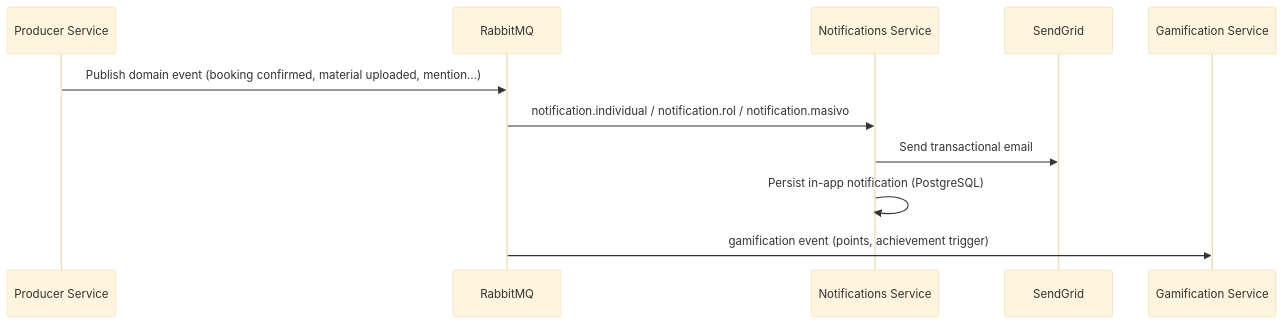
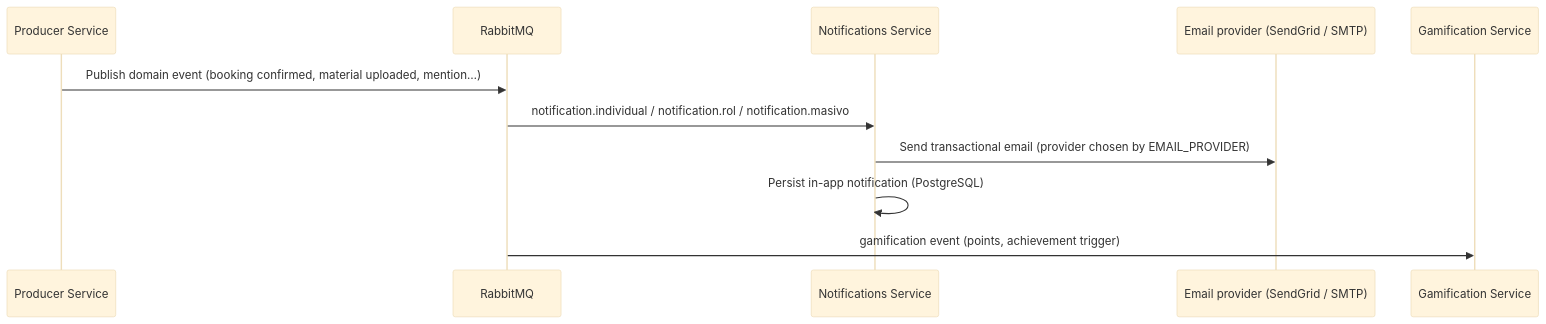
Before and after one commit to EciWise/EciWise.github.io: the seventh of 7 diagrams in docs/index.md, drawn with Mermaid (base theme). The commit also changed other lines of this file and 6 other files, not shown here.

Commit message:
feat: add comprehensive frontend documentation for ECIWISE-Front architecture, development guidelines, and security measures

````diff
--- a/docs/index.md
+++ b/docs/index.md
@@ -146,14 +345,14 @@
 ```mermaid
 sequenceDiagram
   participant P as Producer Service
   participant RMQ as RabbitMQ
   participant NOTIF as Notifications Service
-  participant SG as SendGrid
+  participant SG as Email provider (SendGrid / SMTP)
   participant GAMIF as Gamification Service
 
   P->>RMQ: Publish domain event (booking confirmed, material uploaded, mention…)
   RMQ->>NOTIF: notification.individual / notification.rol / notification.masivo
-  NOTIF->>SG: Send transactional email
+  NOTIF->>SG: Send transactional email (provider chosen by EMAIL_PROVIDER)
   NOTIF->>NOTIF: Persist in-app notification (PostgreSQL)
   RMQ->>GAMIF: gamification event (points, achievement trigger)
 ```
````
